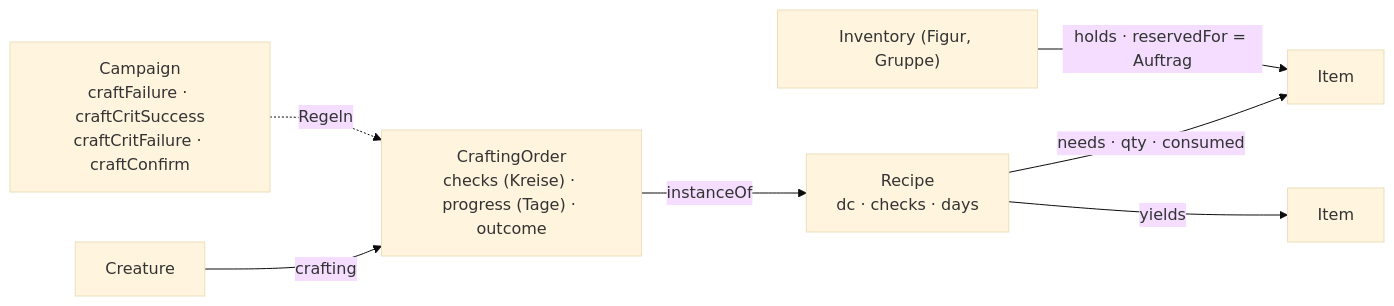
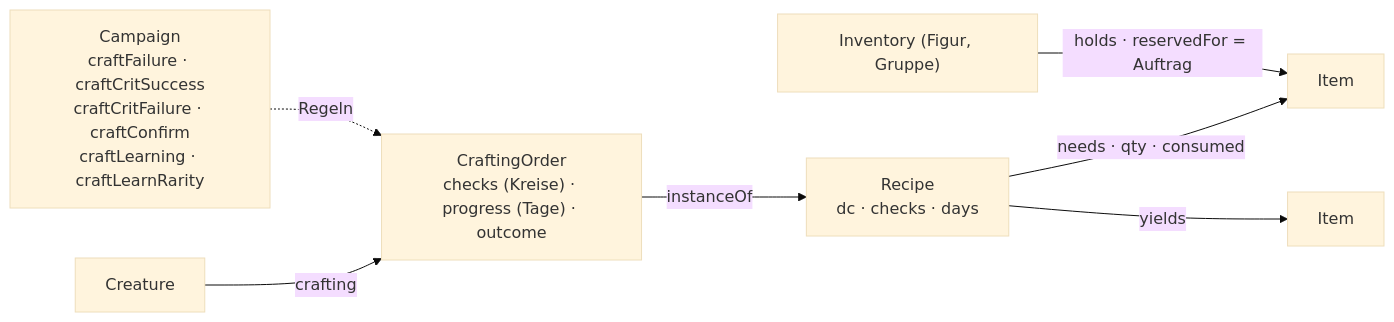
Before and after one commit to Mrfudog/Atlas-Mentis: diagram 16 of 23 in docs/Datenmodell.md, drawn with Mermaid (base theme). The commit also changed other lines of this file and 10 other files, not shown here.

````diff
--- a/docs/Datenmodell.md
+++ b/docs/Datenmodell.md
@@ -1242,9 +1242,9 @@
 ```mermaid
 flowchart LR
   F["Creature"] -- "crafting" --> O["CraftingOrder<br/>checks (Kreise) · progress (Tage) · outcome"]
   O -- "instanceOf" --> R["Recipe<br/>dc · checks · days"]
   R -- "needs · qty · consumed" --> M["Item"]
   R -- "yields" --> P["Item"]
   Inv["Inventory (Figur, Gruppe)"] -- "holds · reservedFor = Auftrag" --> M
-  K["Campaign<br/>craftFailure · craftCritSuccess<br/>craftCritFailure · craftConfirm"] -. "Regeln" .-> O
+  K["Campaign<br/>craftFailure · craftCritSuccess<br/>craftCritFailure · craftConfirm<br/>craftLearning · craftLearnRarity"] -. "Regeln" .-> O
 ```
````
